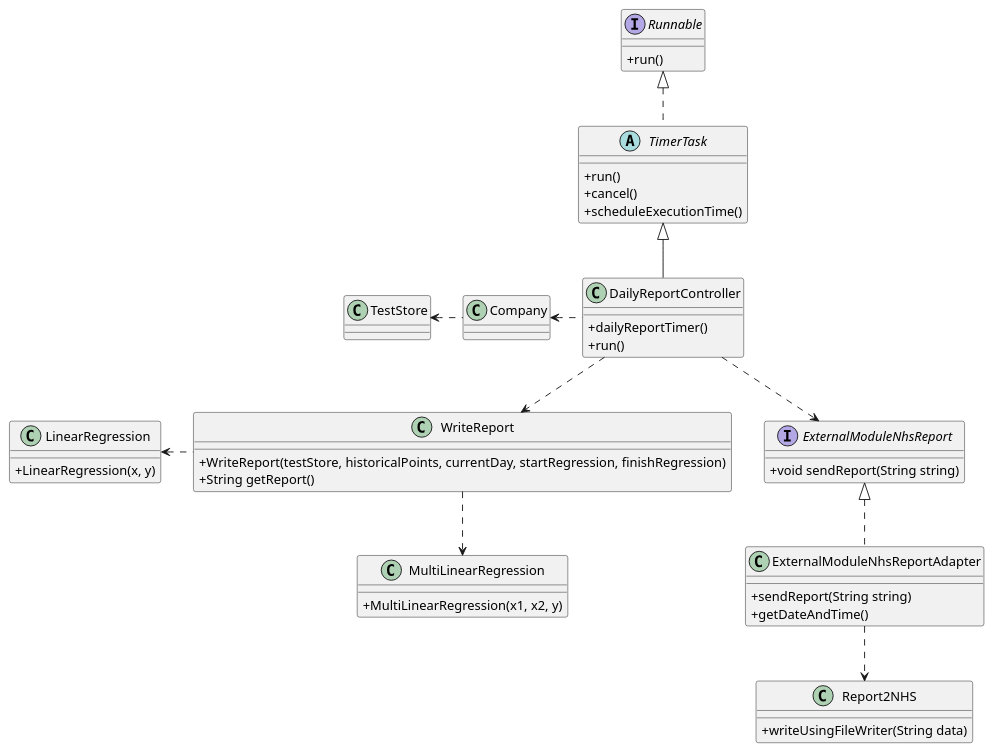
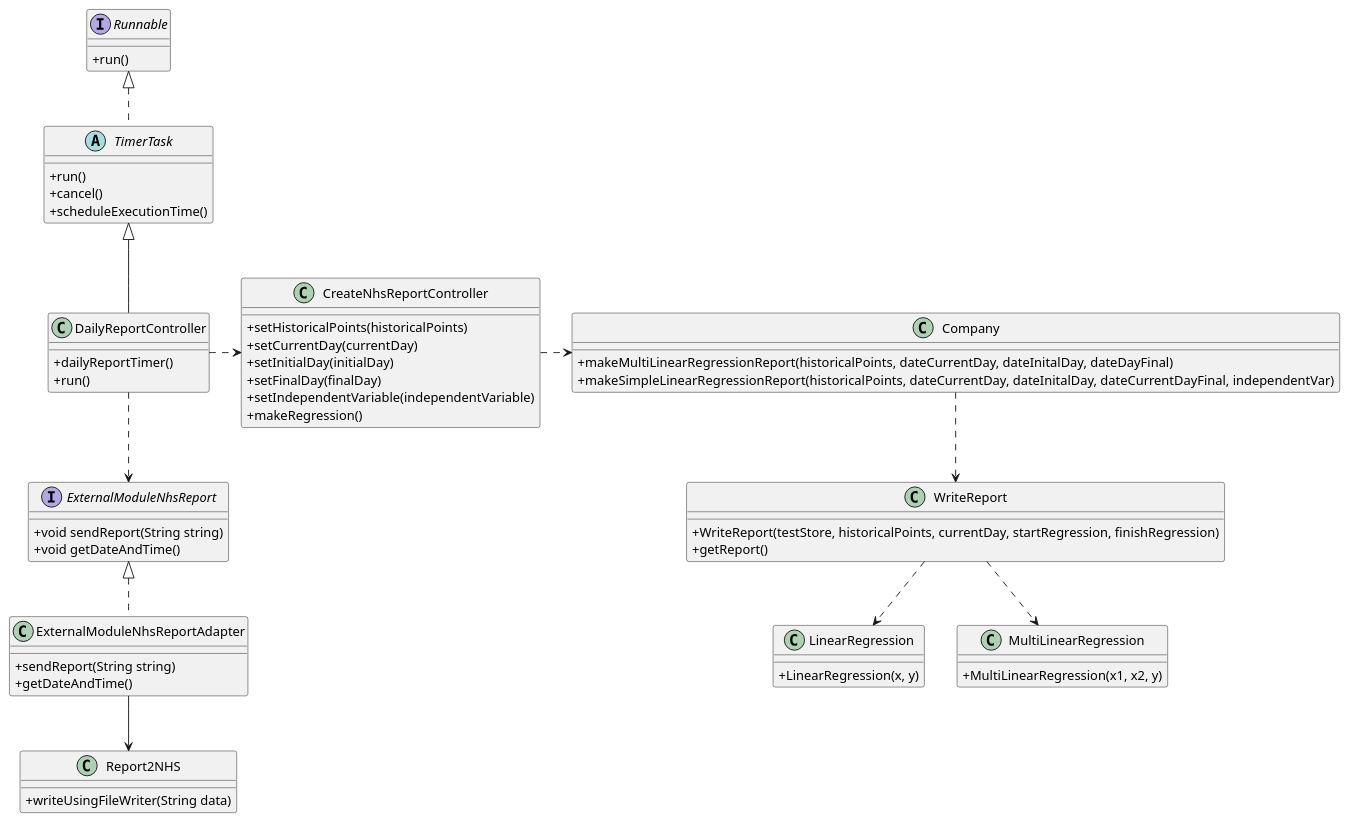
The diagram in docs/SprintD/US19/US19_CD.puml (MadDinosaur/ISEP-LAPR2), drawn with PlantUML before and after one commit. The commit also changed 6 other files, not shown here.

```diff
--- a/docs/SprintD/US19/US19_CD.puml
+++ b/docs/SprintD/US19/US19_CD.puml
@@ -1,63 +1,72 @@
 @startuml
 
 skinparam classAttributeIconSize 0
 
 class DailyReportController {
 +dailyReportTimer()
 +run()
 }
 
-class Company {
+class CreateNhsReportController {
++setHistoricalPoints(historicalPoints)
++setCurrentDay(currentDay)
++setInitialDay(initialDay)
++setFinalDay(finalDay)
++setIndependentVariable(independentVariable)
++makeRegression()
 }
 
 interface Runnable {
 +run()
 }
 
 abstract TimerTask {
 +run()
 +cancel()
 +scheduleExecutionTime()
 }
 
 class LinearRegression {
 +LinearRegression(x, y)
 }
 
 class MultiLinearRegression {
 +MultiLinearRegression(x1, x2, y)
 }
 
-class TestStore {
+class Company {
++makeMultiLinearRegressionReport(historicalPoints, dateCurrentDay, dateInitalDay, dateDayFinal)
++makeSimpleLinearRegressionReport(historicalPoints, dateCurrentDay, dateInitalDay, dateCurrentDayFinal, independentVar)
 }
 
 class WriteReport {
 +WriteReport(testStore, historicalPoints, currentDay, startRegression, finishRegression)
-+String getReport()
++getReport()
 }
 
 interface ExternalModuleNhsReport {
 +void sendReport(String string)
++void getDateAndTime()
 }
 
 class ExternalModuleNhsReportAdapter {
 +sendReport(String string)
 +getDateAndTime()
 }
 
 class Report2NHS {
 +writeUsingFileWriter(String data)
 }
 
 DailyReportController ..> ExternalModuleNhsReport
 Runnable <|.. TimerTask
 TimerTask <|-- DailyReportController
-DailyReportController ..> WriteReport
-Company <. DailyReportController
-TestStore <. Company
+DailyReportController .> CreateNhsReportController
+CreateNhsReportController .> Company
+Company ..> WriteReport
 ExternalModuleNhsReport <|.. ExternalModuleNhsReportAdapter
-ExternalModuleNhsReportAdapter ..> Report2NHS
-LinearRegression <. WriteReport
+ExternalModuleNhsReportAdapter --> Report2NHS
+WriteReport ..> LinearRegression
 WriteReport ..> MultiLinearRegression
 
 @enduml
```
